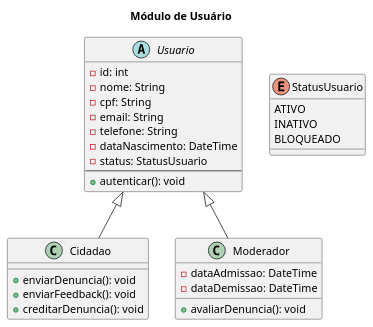
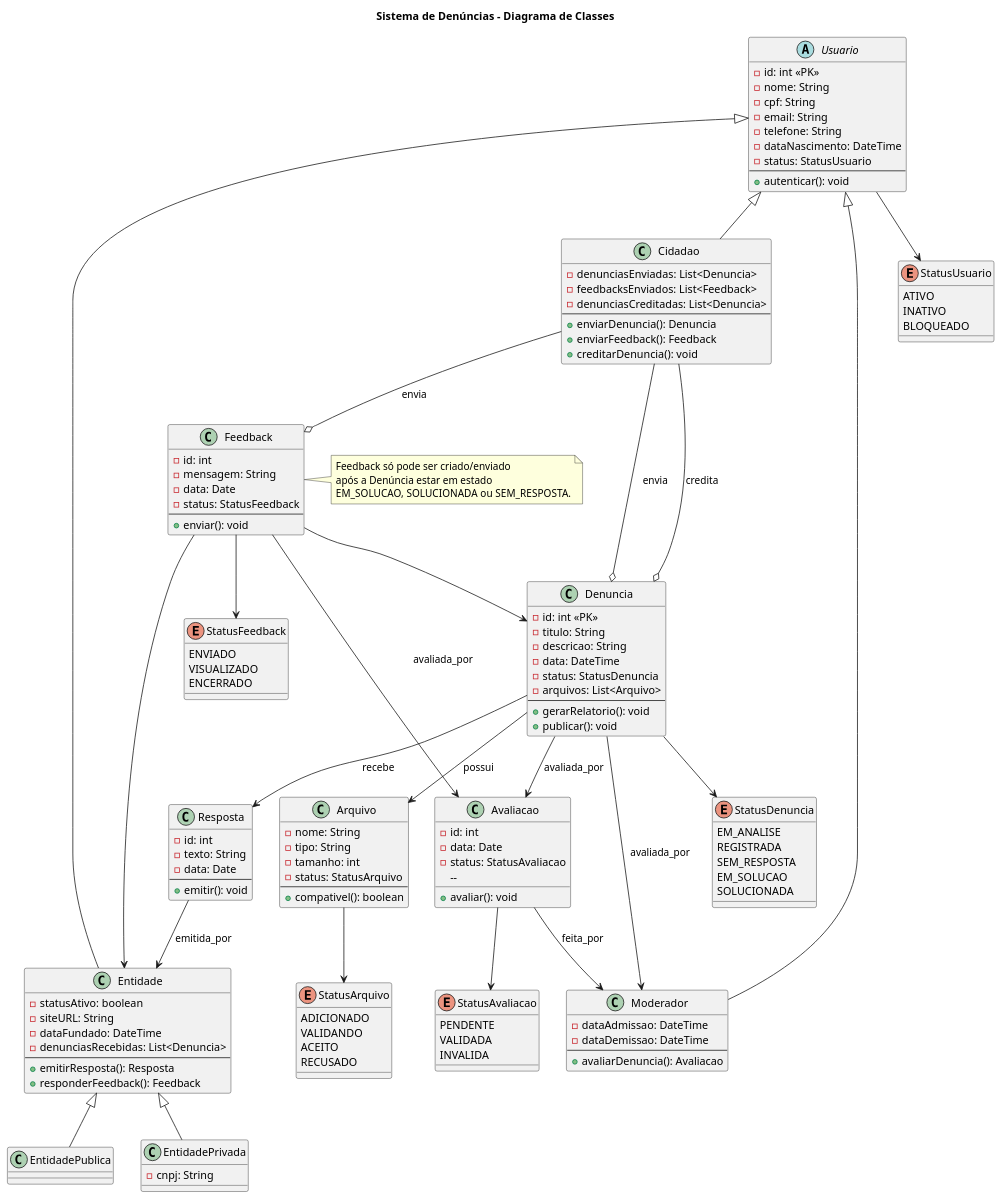
The second of 2 diagrams in modelos/readme.md (rafa-alves6/Reclama.se-AOO), drawn with PlantUML before and after one commit. The commit also changed other lines of this file, not shown here.

````diff
--- a/modelos/readme.md
+++ b/modelos/readme.md
@@ -69,13 +69,13 @@
 ```plantuml
 @startuml
-title Módulo de Usuário
+title Sistema de Denúncias - Diagrama de Classes
 
 abstract class Usuario {
-  - id: int
+  - id: int <<PK>>
   - nome: String
   - cpf: String
   - email: String
-  - telefone: String
+  - telefone: String 
   - dataNascimento: DateTime
   - status: StatusUsuario
   --
@@ -83,24 +83,144 @@
 }
 
 class Cidadao extends Usuario {
-  + enviarDenuncia(): void
-  + enviarFeedback(): void
+  - denunciasEnviadas: List<Denuncia> 
+  - feedbacksEnviados: List<Feedback>
+  - denunciasCreditadas: List<Denuncia>
+  --
+  + enviarDenuncia(): Denuncia
+  + enviarFeedback(): Feedback
   + creditarDenuncia(): void
 }
 
 class Moderador extends Usuario {
   - dataAdmissao: DateTime
   - dataDemissao: DateTime
-  + avaliarDenuncia(): void
+  --
+  + avaliarDenuncia(): Avaliacao
 }
 
+class Entidade extends Usuario {
+  - statusAtivo: boolean 
+  - siteURL: String 
+  - dataFundado: DateTime
+  - denunciasRecebidas: List<Denuncia>
+  --
+  + emitirResposta(): Resposta
+  + responderFeedback(): Feedback
+}
+
+class EntidadePublica extends Entidade {
+}
+
+class EntidadePrivada extends Entidade {
+  - cnpj: String
+}
+
+class Denuncia {
+  - id: int <<PK>>
+  - titulo: String
+  - descricao: String
+  - data: DateTime
+  - status: StatusDenuncia
+  - arquivos: List<Arquivo>
+  --
+  + gerarRelatorio(): void
+  + publicar(): void
+}
+
+class Arquivo {
+  - nome: String
+  - tipo: String
+  - tamanho: int
+  - status: StatusArquivo
+  --
+  + compativel(): boolean
+}
+
+class Avaliacao {
+  - id: int
+  - data: Date
+  - status: StatusAvaliacao
+  -- 
+  + avaliar(): void
+}
+
+class Resposta {
+  - id: int
+  - texto: String
+  - data: Date
+  --
+  + emitir(): void
+}
+
+class Feedback {
+  - id: int
+  - mensagem: String
+  - data: Date
+  - status: StatusFeedback
+  --
+  + enviar(): void
+}
+
+' Enums
 enum StatusUsuario {
   ATIVO
   INATIVO
   BLOQUEADO
 }
 
+enum StatusDenuncia {
+  EM_ANALISE
+  REGISTRADA
+  SEM_RESPOSTA
+  EM_SOLUCAO
+  SOLUCIONADA
+}
 
+enum StatusArquivo {
+  ADICIONADO
+  VALIDANDO
+  ACEITO
+  RECUSADO
+}
 
+enum StatusAvaliacao {
+  PENDENTE
+  VALIDADA
+  INVALIDA
+}
+
+enum StatusFeedback {
+  ENVIADO
+  VISUALIZADO
+  ENCERRADO
+}
+
+' Relacionamentos
+Cidadao --o Denuncia : envia
+Cidadao --o Feedback : envia
+Cidadao --o Denuncia : credita
+Denuncia --> Arquivo : possui
+Denuncia --> Resposta : recebe
+Denuncia --> Moderador : avaliada_por
+Denuncia --> Avaliacao : avaliada_por
+Feedback --> Avaliacao : avaliada_por
+Avaliacao --> Moderador : feita_por
+Resposta --> Entidade : emitida_por
+Feedback --> Denuncia
+Feedback --> Entidade
+
+Usuario --> StatusUsuario
+Denuncia --> StatusDenuncia
+Arquivo --> StatusArquivo
+Avaliacao --> StatusAvaliacao
+Feedback --> StatusFeedback
+
+' Nota
+note right of Feedback
+  Feedback só pode ser criado/enviado
+  após a Denúncia estar em estado
+  EM_SOLUCAO, SOLUCIONADA ou SEM_RESPOSTA.
+end note
 @enduml
 ```
````
